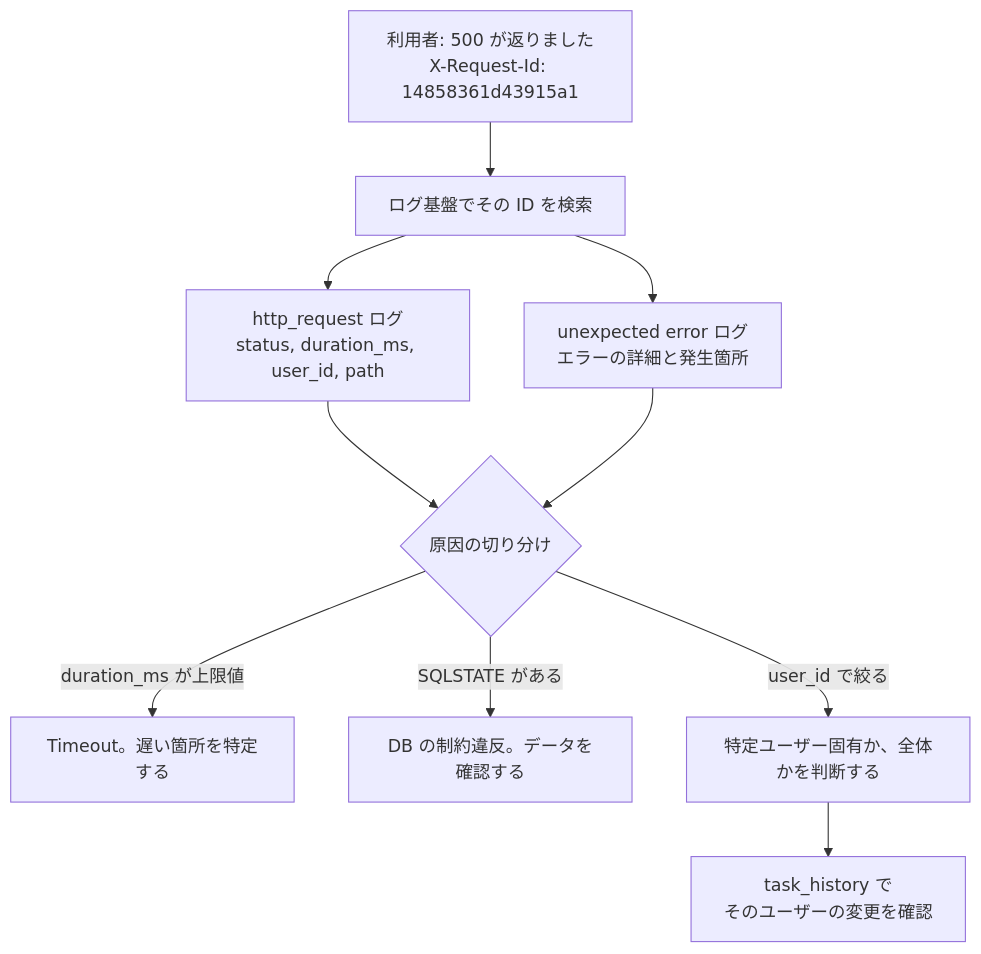
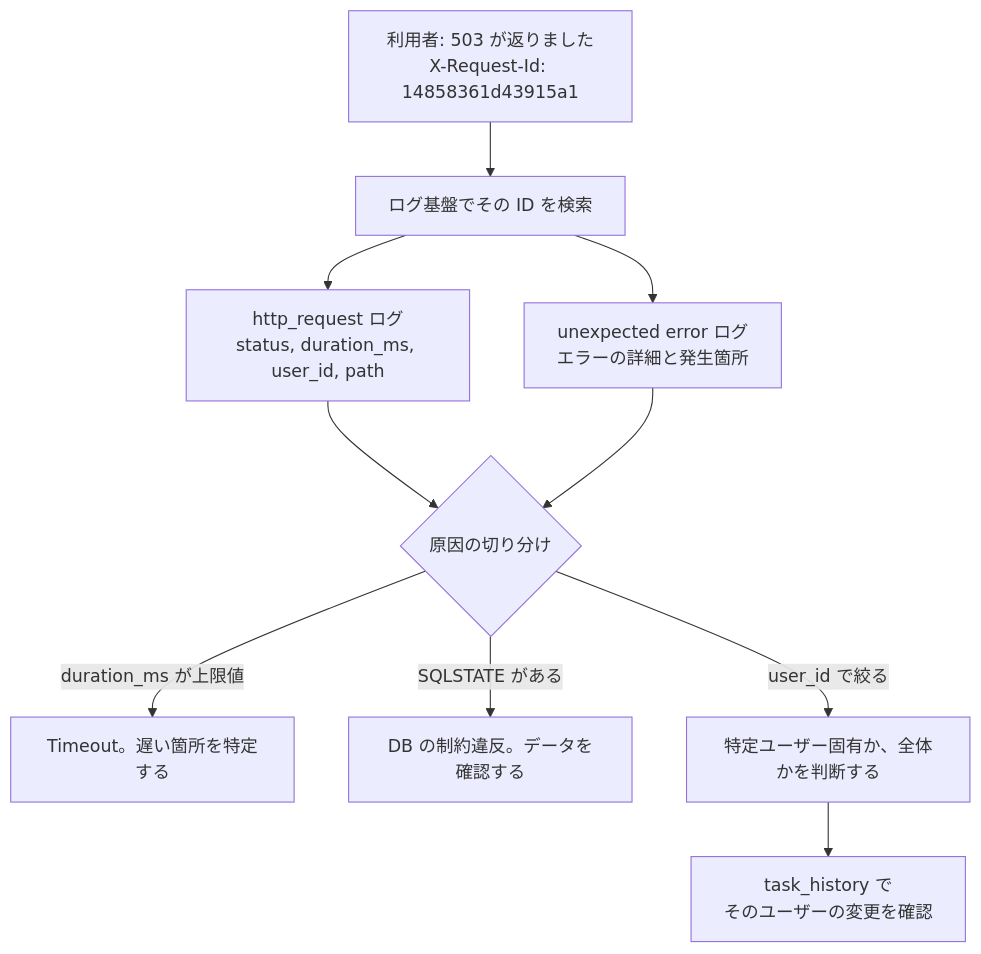
Before and after one commit to KenzoKasahara/go_kanban_webapp_hands_on: the second of 2 diagrams in docs/chapter/chapter08_observability.md, drawn with Mermaid. The commit also changed other lines of this file and 219 other files, not shown here.

````diff
--- a/docs/chapter/chapter08_observability.md
+++ b/docs/chapter/chapter08_observability.md
@@ -518,12 +527,12 @@
 ```mermaid
 flowchart TD
-    A["利用者: 500 が返りました<br/>X-Request-Id: 14858361d43915a1"] --> B[ログ基盤でその ID を検索]
+    A["利用者: 503 が返りました<br/>X-Request-Id: 14858361d43915a1"] --> B[ログ基盤でその ID を検索]
     B --> C["http_request ログ<br/>status, duration_ms, user_id, path"]
     B --> D["unexpected error ログ<br/>エラーの詳細と発生箇所"]
     C --> E{原因の切り分け}
     D --> E
     E -->|duration_ms が上限値| F[Timeout。遅い箇所を特定する]
     E -->|SQLSTATE がある| G[DB の制約違反。データを確認する]
     E -->|user_id で絞る| H[特定ユーザー固有か、全体かを判断する]
     H --> I["task_history で<br/>そのユーザーの変更を確認"]
 ```
````
